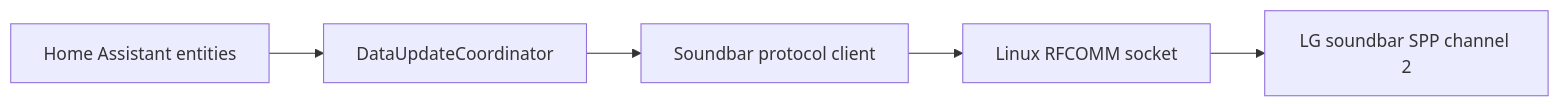
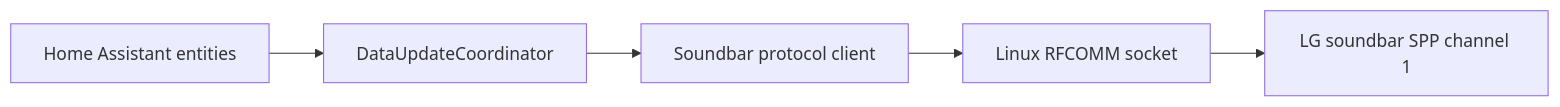
The diagram in README.md (websterwh/lg-s75qr), drawn with Mermaid before and after one commit. The commit also changed other lines of this file and 22 other files, not shown here.

````diff
--- a/README.md
+++ b/README.md
@@ -30,7 +31,7 @@
 ```mermaid
 flowchart LR
     HA[Home Assistant entities] --> C[DataUpdateCoordinator]
     C --> P[Soundbar protocol client]
     P --> R[Linux RFCOMM socket]
-    R --> S[LG soundbar SPP channel 2]
+    R --> S[LG soundbar SPP channel 1]
 ```
````
